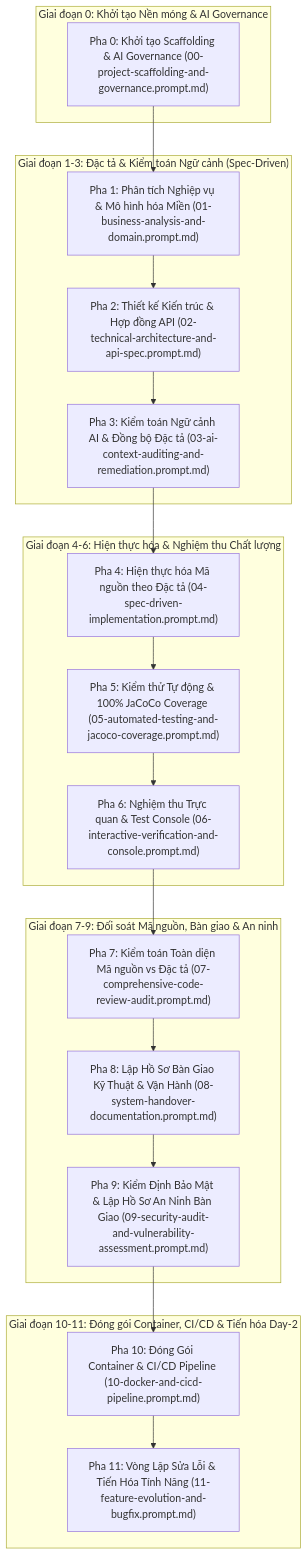
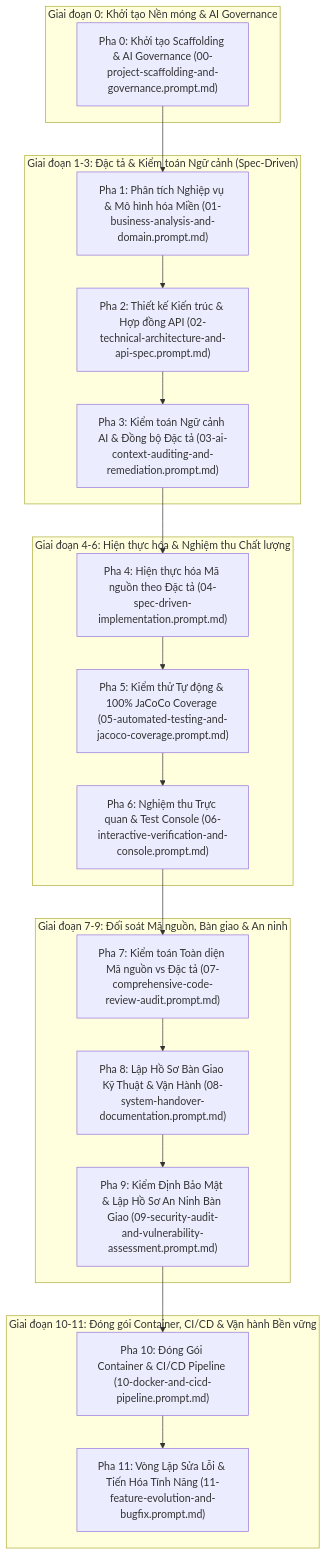
Before and after one commit to duongbaphuc/ai-native-oms-api: the diagram in docs/prompt/01-sdlc-playbook/00-MASTER-AI-NATIVE-SDLC-PLAYBOOK.md, drawn with Mermaid. The commit also changed 2 other files, not shown here.

Commit message:
docs(prompt): refine phrasing to remove Day references for consistent technical context

````diff
--- a/docs/prompt/01-sdlc-playbook/00-MASTER-AI-NATIVE-SDLC-PLAYBOOK.md
+++ b/docs/prompt/01-sdlc-playbook/00-MASTER-AI-NATIVE-SDLC-PLAYBOOK.md
@@ -9,29 +9,29 @@
 ```mermaid
 graph TD
     subgraph "Giai đoạn 0: Khởi tạo Nền móng & AI Governance"
         P0["Pha 0: Khởi tạo Scaffolding & AI Governance (00-project-scaffolding-and-governance.prompt.md)"]
     end
 
     subgraph "Giai đoạn 1-3: Đặc tả & Kiểm toán Ngữ cảnh (Spec-Driven)"
         P0 --> P1["Pha 1: Phân tích Nghiệp vụ & Mô hình hóa Miền (01-business-analysis-and-domain.prompt.md)"]
         P1 --> P2["Pha 2: Thiết kế Kiến trúc & Hợp đồng API (02-technical-architecture-and-api-spec.prompt.md)"]
         P2 --> P3["Pha 3: Kiểm toán Ngữ cảnh AI & Đồng bộ Đặc tả (03-ai-context-auditing-and-remediation.prompt.md)"]
     end
 
     subgraph "Giai đoạn 4-6: Hiện thực hóa & Nghiệm thu Chất lượng"
         P3 --> P4["Pha 4: Hiện thực hóa Mã nguồn theo Đặc tả (04-spec-driven-implementation.prompt.md)"]
         P4 --> P5["Pha 5: Kiểm thử Tự động & 100% JaCoCo Coverage (05-automated-testing-and-jacoco-coverage.prompt.md)"]
         P5 --> P6["Pha 6: Nghiệm thu Trực quan & Test Console (06-interactive-verification-and-console.prompt.md)"]
     end
 
     subgraph "Giai đoạn 7-9: Đối soát Mã nguồn, Bàn giao & An ninh"
         P6 --> P7["Pha 7: Kiểm toán Toàn diện Mã nguồn vs Đặc tả (07-comprehensive-code-review-audit.prompt.md)"]
         P7 --> P8["Pha 8: Lập Hồ Sơ Bàn Giao Kỹ Thuật & Vận Hành (08-system-handover-documentation.prompt.md)"]
         P8 --> P9["Pha 9: Kiểm Định Bảo Mật & Lập Hồ Sơ An Ninh Bàn Giao (09-security-audit-and-vulnerability-assessment.prompt.md)"]
     end
 
-    subgraph "Giai đoạn 10-11: Đóng gói Container, CI/CD & Tiến hóa Day-2"
+    subgraph "Giai đoạn 10-11: Đóng gói Container, CI/CD & Vận hành Bền vững"
         P9 --> P10["Pha 10: Đóng Gói Container & CI/CD Pipeline (10-docker-and-cicd-pipeline.prompt.md)"]
         P10 --> P11["Pha 11: Vòng Lặp Sửa Lỗi & Tiến Hóa Tính Năng (11-feature-evolution-and-bugfix.prompt.md)"]
     end
 ```
````
